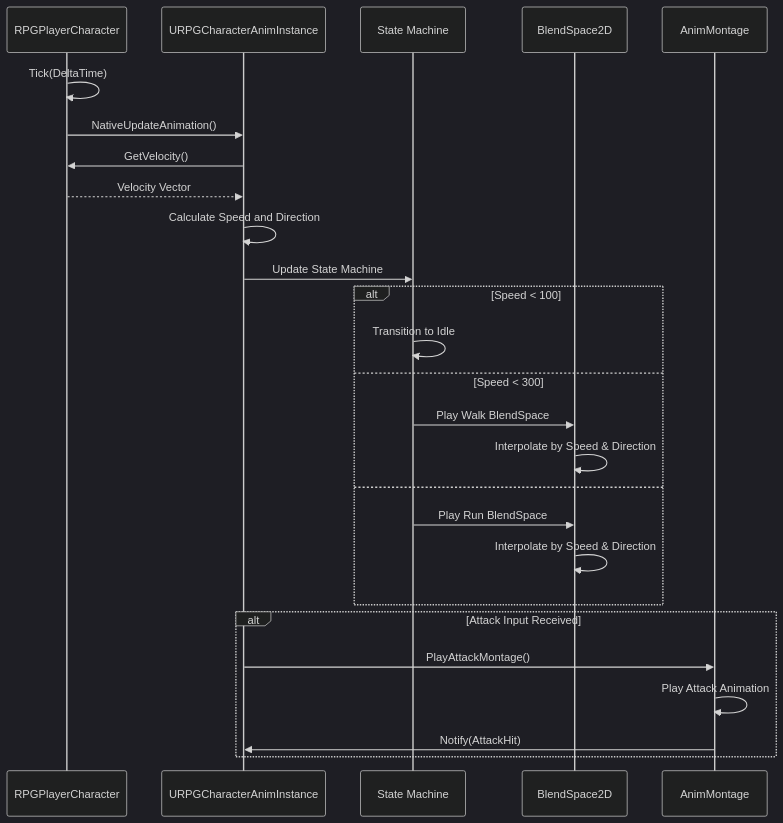
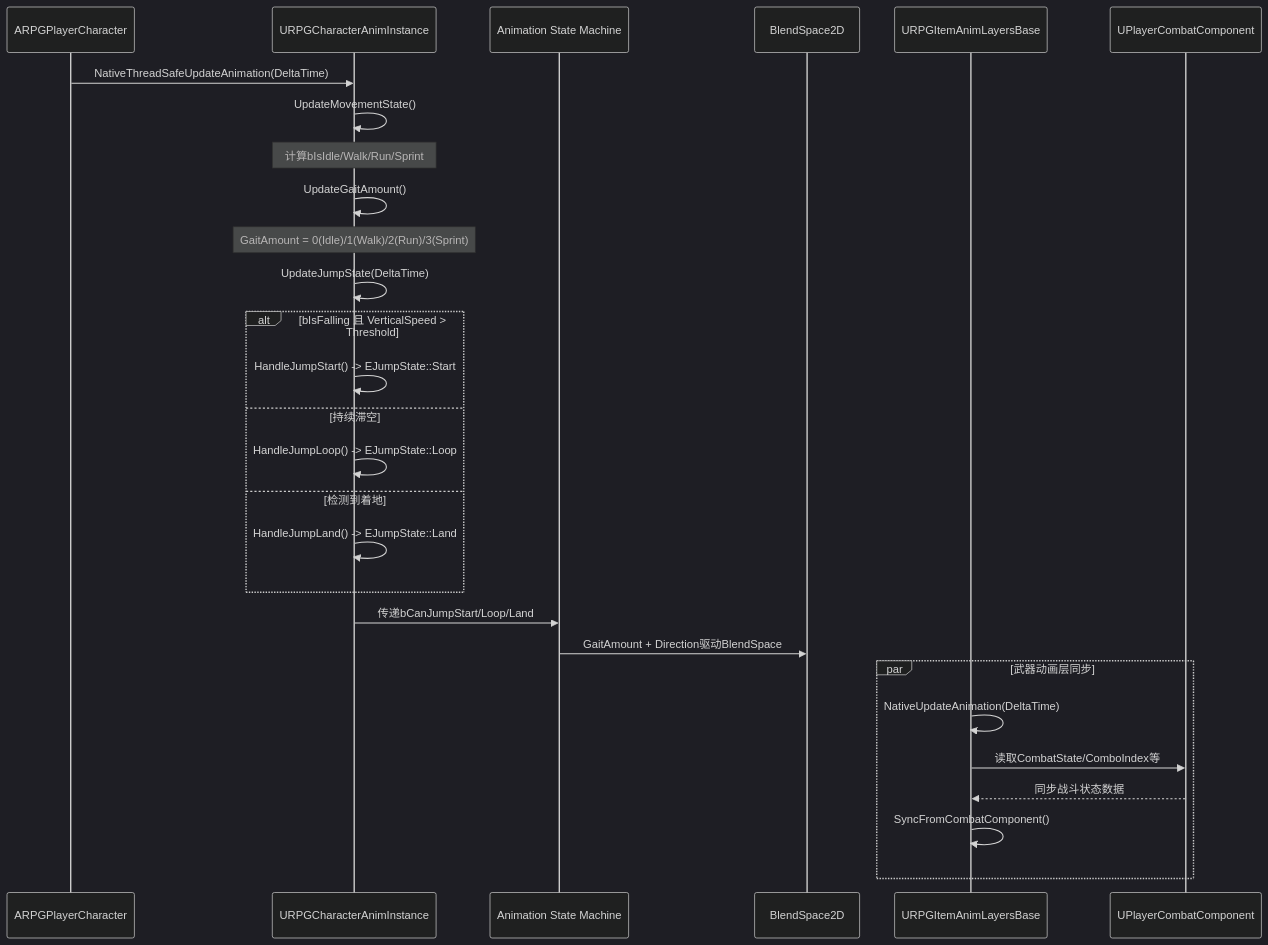
One commit to ARK31415/RPG changed diagram 12 of 21 in Source/Docs/DetailedDesign.md. Above: the diagram before and after it, drawn with Mermaid (dark theme). The commit also changed other lines of this file and 11 other files, not shown here.

````diff
--- a/Source/Docs/DetailedDesign.md
+++ b/Source/Docs/DetailedDesign.md
@@ -972,29 +655,32 @@
 ```mermaid
 sequenceDiagram
-    participant Char as RPGPlayerCharacter
+    participant Char as ARPGPlayerCharacter
     participant Anim as URPGCharacterAnimInstance
-    participant SM as State Machine
-    participant BlendSpace as BlendSpace2D
-    participant Montage as AnimMontage
+    participant SM as Animation State Machine
+    participant BS as BlendSpace2D
+    participant Layer as URPGItemAnimLayersBase
+    participant Combat as UPlayerCombatComponent
     
-    Char->>Char: Tick(DeltaTime)
-    Char->>Anim: NativeUpdateAnimation()
-    Anim->>Char: GetVelocity()
-    Char-->>Anim: Velocity Vector
-    Anim->>Anim: Calculate Speed and Direction
-    Anim->>SM: Update State Machine
-    alt Speed < 100
-        SM->>SM: Transition to Idle
-    else Speed < 300
-        SM->>BlendSpace: Play Walk BlendSpace
-        BlendSpace->>BlendSpace: Interpolate by Speed & Direction
-    else
-        SM->>BlendSpace: Play Run BlendSpace
-        BlendSpace->>BlendSpace: Interpolate by Speed & Direction
+    Char->>Anim: NativeThreadSafeUpdateAnimation(DeltaTime)
+    Anim->>Anim: UpdateMovementState()
+    Note over Anim: 计算bIsIdle/Walk/Run/Sprint
+    Anim->>Anim: UpdateGaitAmount()
+    Note over Anim: GaitAmount = 0(Idle)/1(Walk)/2(Run)/3(Sprint)
+    Anim->>Anim: UpdateJumpState(DeltaTime)
+    alt bIsFalling 且 VerticalSpeed > Threshold
+        Anim->>Anim: HandleJumpStart() -> EJumpState::Start
+    else 持续滞空
+        Anim->>Anim: HandleJumpLoop() -> EJumpState::Loop
+    else 检测到着地
+        Anim->>Anim: HandleJumpLand() -> EJumpState::Land
     end
-    alt Attack Input Received
-        Anim->>Montage: PlayAttackMontage()
-        Montage->>Montage: Play Attack Animation
-        Montage->>Anim: Notify(AttackHit)
+    Anim->>SM: 传递bCanJumpStart/Loop/Land
+    SM->>BS: GaitAmount + Direction驱动BlendSpace
+    
+    par 武器动画层同步
+        Layer->>Layer: NativeUpdateAnimation(DeltaTime)
+        Layer->>Combat: 读取CombatState/ComboIndex等
+        Combat-->>Layer: 同步战斗状态数据
+        Layer->>Layer: SyncFromCombatComponent()
     end
 ```
````
